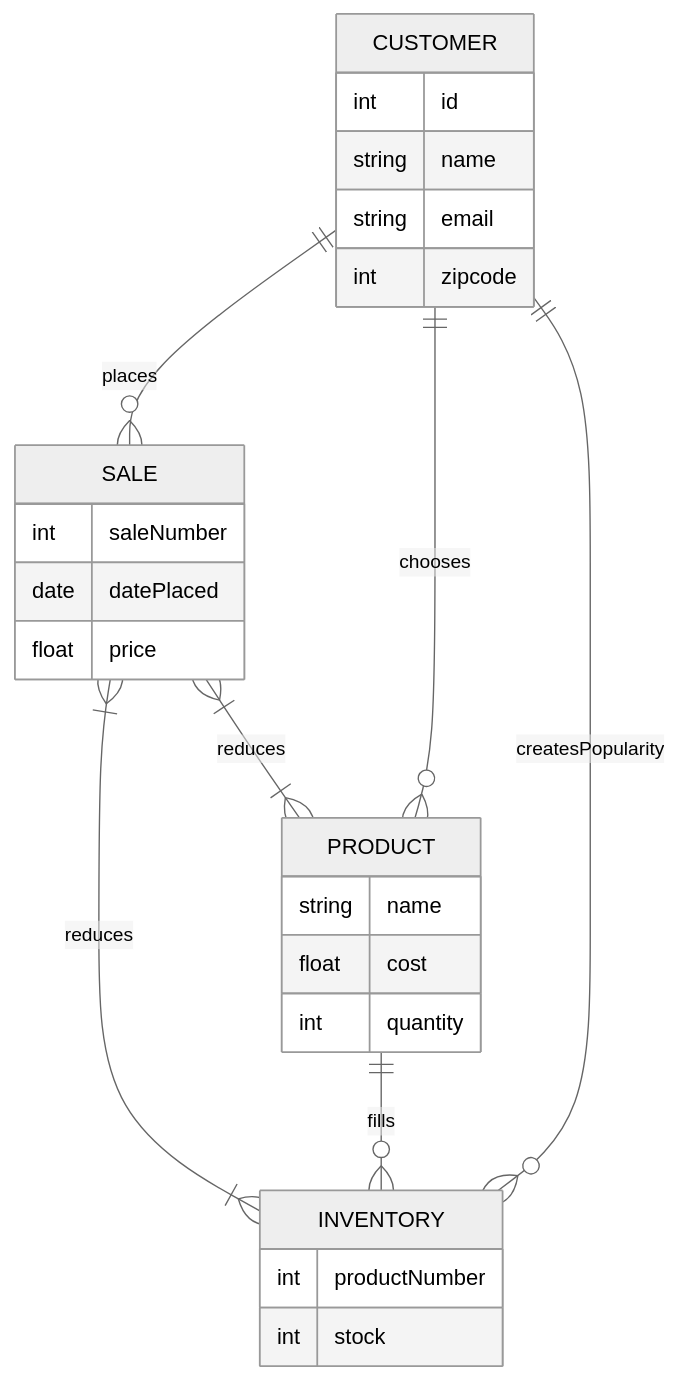
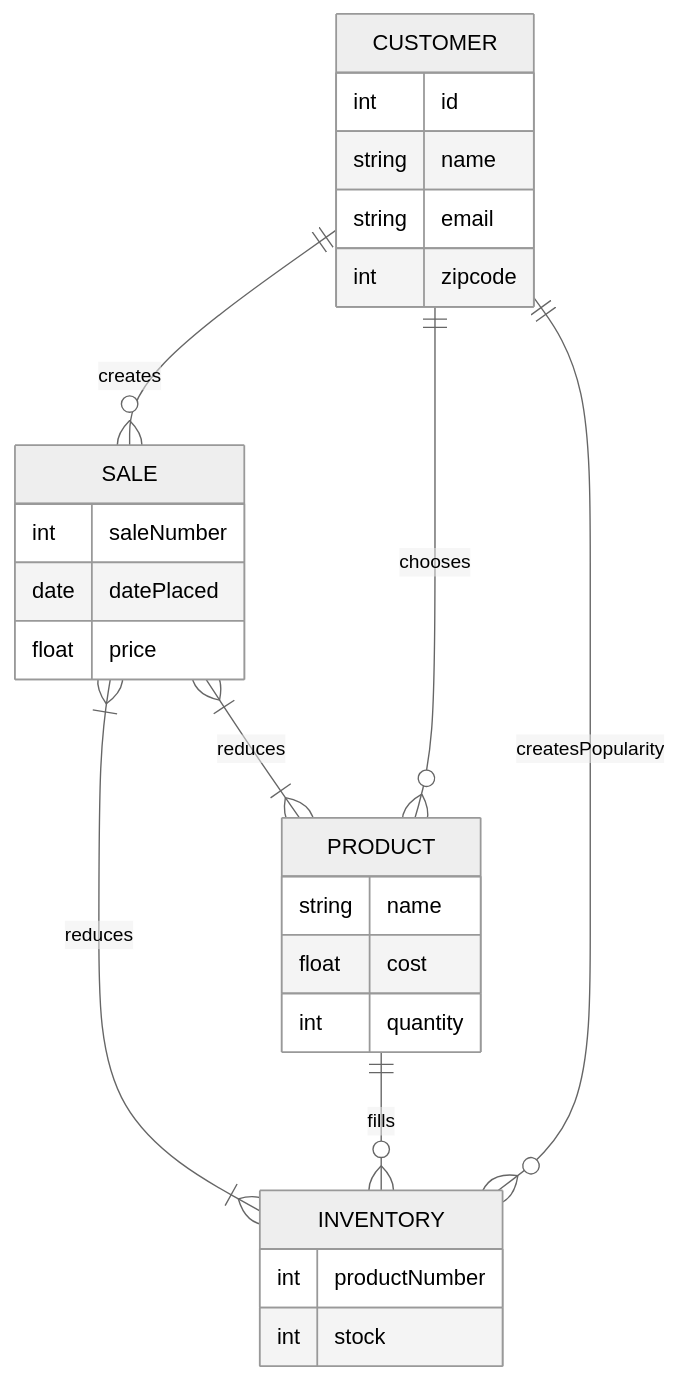
The diagram in NIKEStore_ERD.md (katdumpling/Mermaid-Chart), drawn with Mermaid (neutral theme) before and after one commit. The commit also changed other lines of this file, not shown here.

````diff
--- a/NIKEStore_ERD.md
+++ b/NIKEStore_ERD.md
@@ -1,31 +1,31 @@
 ```mermaid
 erDiagram
 
-CUSTOMER ||--o{SALE : places
+CUSTOMER ||--o{SALE : creates
 CUSTOMER ||--o{PRODUCT : chooses
 SALE }|--|{INVENTORY : reduces
 SALE }|--|{PRODUCT : reduces
 CUSTOMER ||--o{INVENTORY : createsPopularity
 PRODUCT ||--o{INVENTORY : fills
 
 PRODUCT {
 string name
 float cost
 int quantity
 }
 CUSTOMER {
 int id
 string name
 string email
 int zipcode
 }
 SALE {
 int saleNumber
 date datePlaced
 float price
 }
 INVENTORY {
 int productNumber
 int stock
 }
 ```
````
